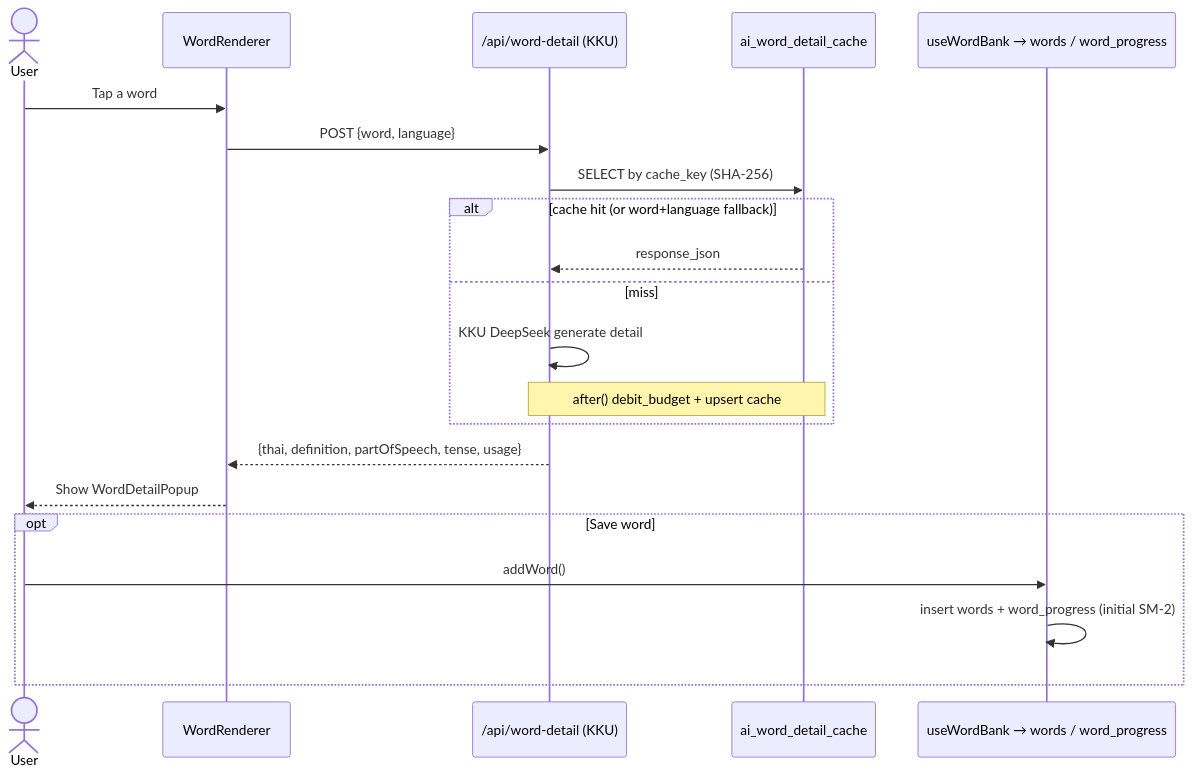
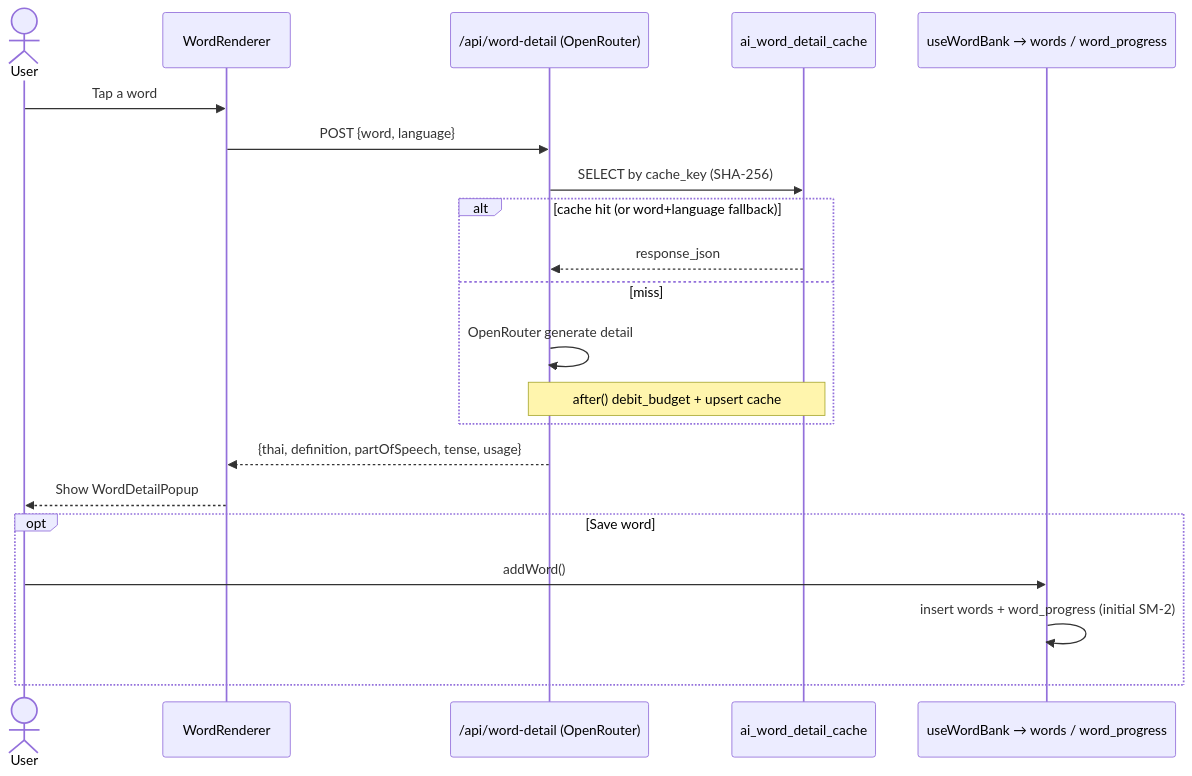
Before and after one commit to PATHAPHON/Evely-ai-project: the second of 3 diagrams in tranly/design-docs/sequence-diagram.md, drawn with Mermaid. The commit also changed other lines of this file and 16 other files, not shown here.

Commit message:
refactor(ai): switch to Google Gemini 3.1 Flash Lite via OpenRouter and remove KKU/DeepL

````diff
--- a/tranly/design-docs/sequence-diagram.md
+++ b/tranly/design-docs/sequence-diagram.md
@@ -37,24 +37,24 @@
 ```mermaid
 sequenceDiagram
     actor User
     participant WR as WordRenderer
-    participant API as /api/word-detail (KKU)
+    participant API as /api/word-detail (OpenRouter)
     participant Cache as ai_word_detail_cache
     participant Bank as useWordBank → words / word_progress
 
     User->>WR: Tap a word
     WR->>API: POST {word, language}
     API->>Cache: SELECT by cache_key (SHA-256)
     alt cache hit (or word+language fallback)
         Cache-->>API: response_json
     else miss
-        API->>API: KKU DeepSeek generate detail
+        API->>API: OpenRouter generate detail
         Note over API,Cache: after() debit_budget + upsert cache
     end
     API-->>WR: {thai, definition, partOfSpeech, tense, usage}
     WR-->>User: Show WordDetailPopup
     opt Save word
         User->>Bank: addWord()
         Bank->>Bank: insert words + word_progress (initial SM-2)
     end
 ```
````
